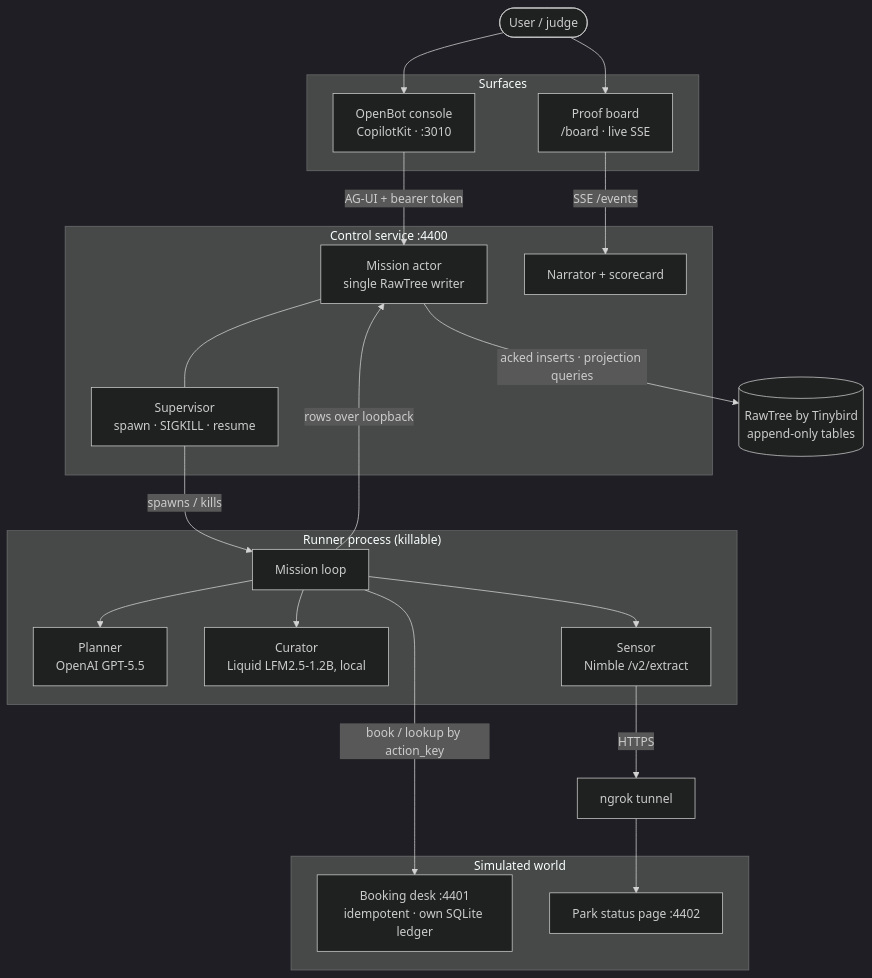
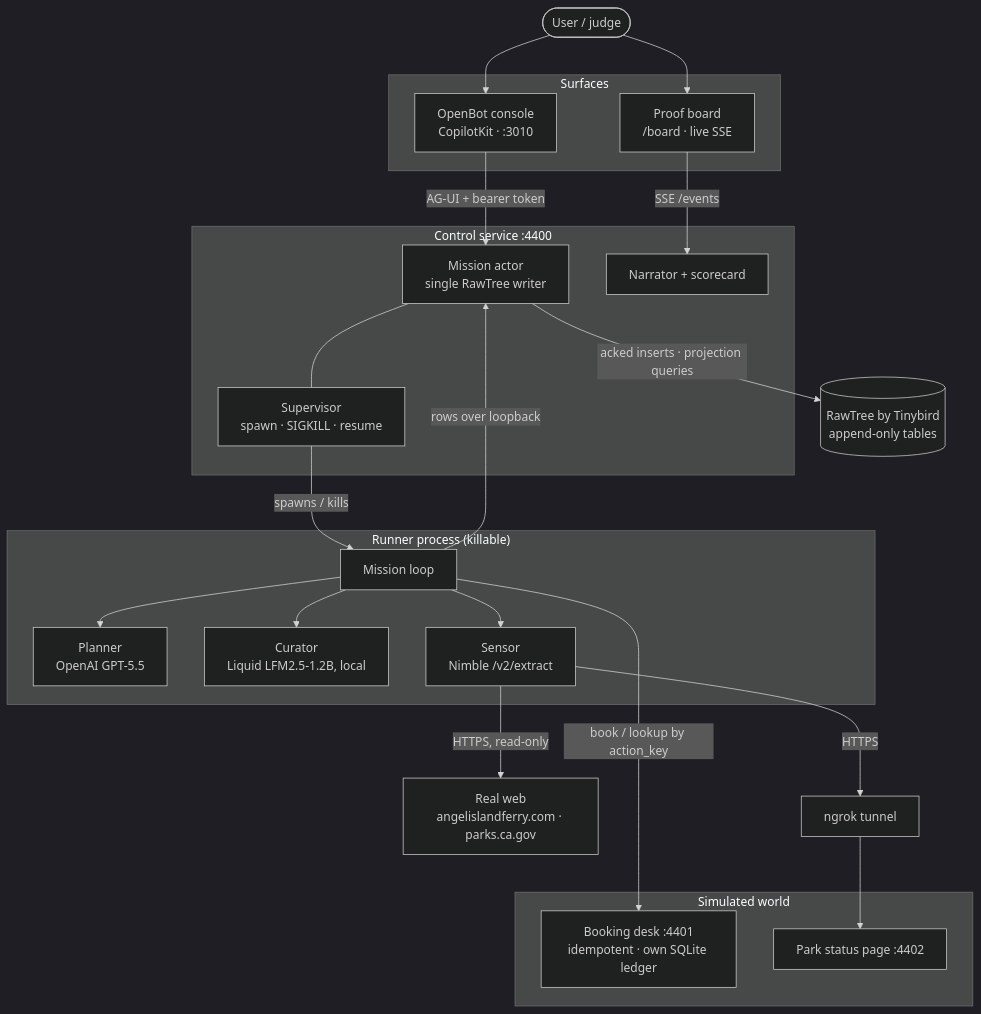
Before and after one commit to nihalnihalani/horizonhackathon: the first of 3 diagrams in README.md, drawn with Mermaid (dark theme). The commit also changed other lines of this file and 10 other files, not shown here.

First line of the commit message:
Read the real Angel Island ferry schedule and park notices through Nimble

````diff
--- a/README.md
+++ b/README.md
@@ -72,45 +74,47 @@
 ```mermaid
 flowchart TB
     user(["User / judge"])
 
     subgraph ui ["Surfaces"]
         openbot["OpenBot console<br/>CopilotKit · :3010"]
         board["Proof board<br/>/board · live SSE"]
     end
 
     subgraph ctl ["Control service :4400"]
         actor["Mission actor<br/>single RawTree writer"]
         sup["Supervisor<br/>spawn · SIGKILL · resume"]
         narr["Narrator + scorecard"]
     end
 
     subgraph run ["Runner process (killable)"]
         loop["Mission loop"]
         planner["Planner<br/>OpenAI GPT-5.5"]
         curator["Curator<br/>Liquid LFM2.5-1.2B, local"]
         sensor["Sensor<br/>Nimble /v2/extract"]
     end
 
     subgraph world ["Simulated world"]
         desk["Booking desk :4401<br/>idempotent · own SQLite ledger"]
         page["Park status page :4402"]
     end
 
     rawtree[("RawTree by Tinybird<br/>append-only tables")]
+    realweb["Real web<br/>angelislandferry.com · parks.ca.gov"]
     ngrok["ngrok tunnel"]
 
     user --> openbot
     user --> board
     openbot -->|AG-UI + bearer token| actor
     board -->|SSE /events| narr
     actor --- sup
     sup -->|spawns / kills| loop
     loop -->|rows over loopback| actor
     actor -->|acked inserts · projection queries| rawtree
     loop --> planner
     loop --> curator
     loop --> sensor
     sensor -->|HTTPS| ngrok
     ngrok --> page
+    sensor -->|HTTPS, read-only| realweb
     loop -->|book / lookup by action_key| desk
 ```
````
